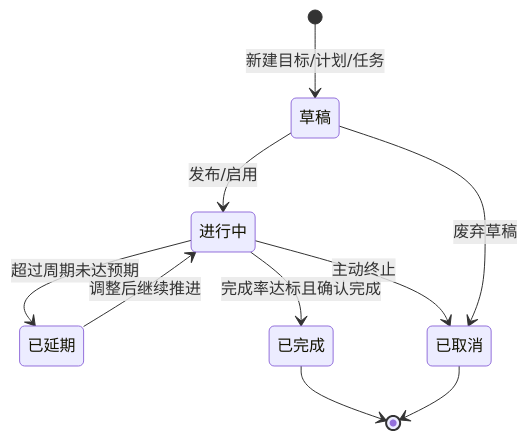
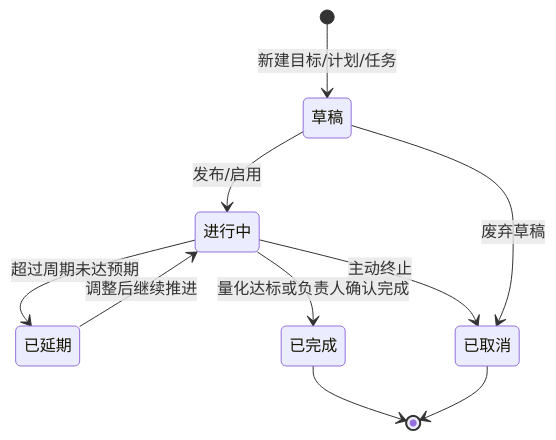
Before and after one commit to liaoliao66/BMS: the fifth of 8 diagrams in docs/versions/v1.0.0/prd.md, drawn with Mermaid. The commit also changed other lines of this file and 16 other files, not shown here.

````diff
--- a/docs/versions/v1.0.0/prd.md
+++ b/docs/versions/v1.0.0/prd.md
@@ -214,12 +215,12 @@
 ```mermaid
 stateDiagram-v2
   [*] --> 草稿: 新建目标/计划/任务
   草稿 --> 进行中: 发布/启用
   进行中 --> 已延期: 超过周期未达预期
-  进行中 --> 已完成: 完成率达标且确认完成
+  进行中 --> 已完成: 量化达标或负责人确认完成
   已延期 --> 进行中: 调整后继续推进
   进行中 --> 已取消: 主动终止
   草稿 --> 已取消: 废弃草稿
   已完成 --> [*]
   已取消 --> [*]
 ```
````
